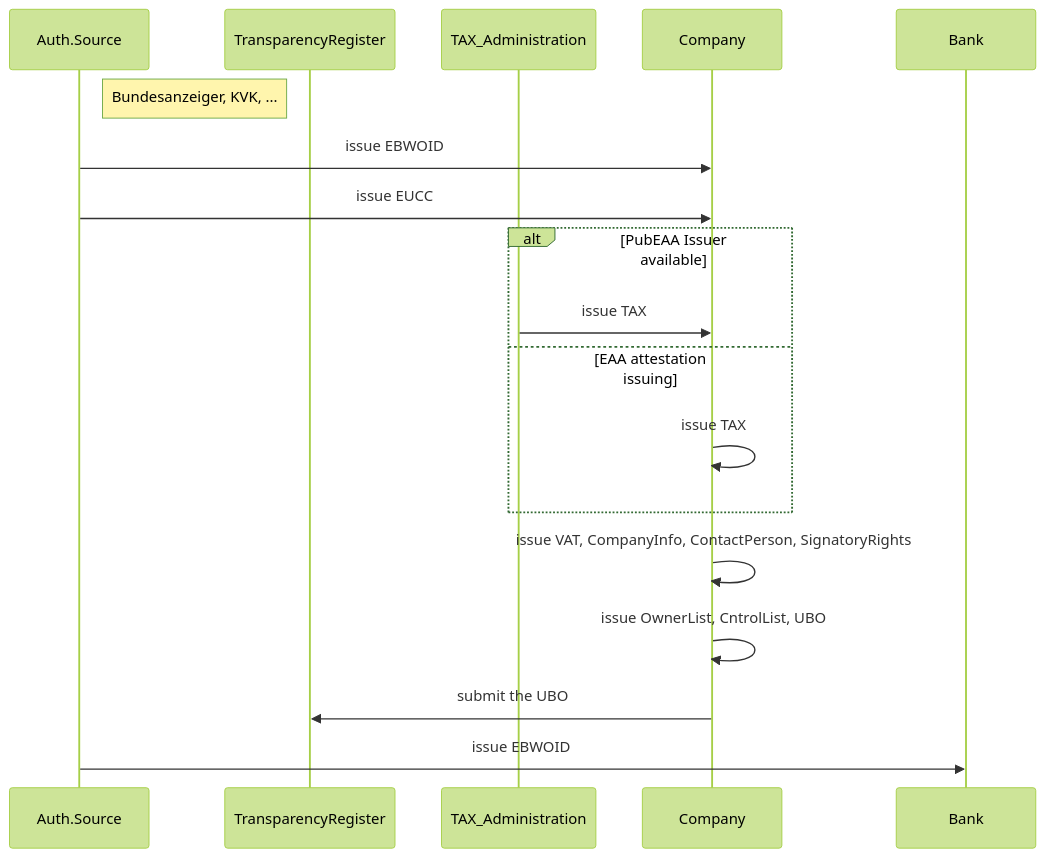
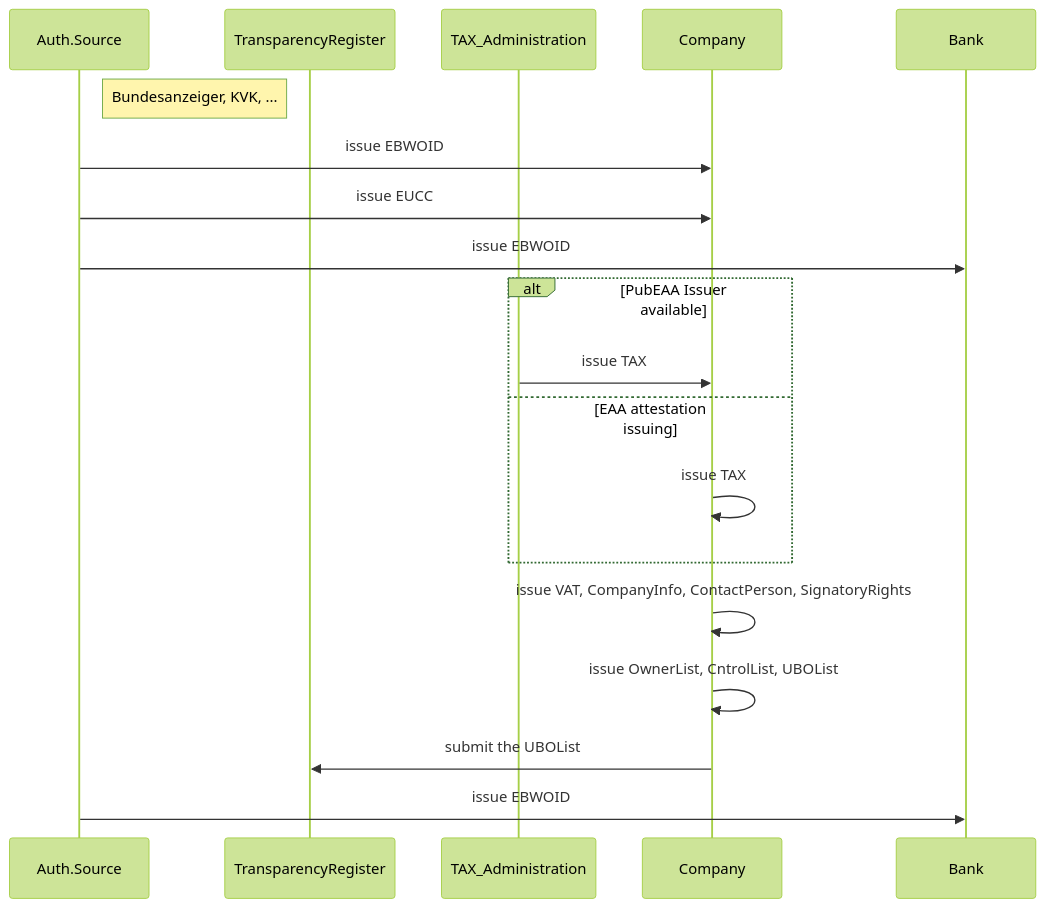
The first of 11 diagrams in PA3/PA3_MVP.md (DominicHurni/wp3-technology-standards), drawn with Mermaid (forest theme) before and after one commit. The commit also changed other lines of this file and 2 other files, not shown here.

````diff
--- a/PA3/PA3_MVP.md
+++ b/PA3/PA3_MVP.md
@@ -25,20 +25,21 @@
 ```mermaid
 sequenceDiagram
     participant Auth.Source 
     note right of Auth.Source : Bundesanzeiger, KVK, ...
     participant TransparencyRegister 
     participant TAX_Administration 
     participant Company
     participant Bank 
     Auth.Source ->> Company : issue EBWOID  
     Auth.Source ->> Company : issue EUCC
+    Auth.Source ->> Bank : issue EBWOID
     alt PubEAA Issuer available
         TAX_Administration ->> Company : issue TAX
     else EAA attestation issuing
         Company ->> Company: issue TAX
     end
     Company ->> Company: issue VAT, CompanyInfo, ContactPerson, SignatoryRights
-    Company ->> Company: issue OwnerList, CntrolList, UBO
-    Company ->> TransparencyRegister: submit the UBO 
+    Company ->> Company: issue OwnerList, CntrolList, UBOList
+    Company ->> TransparencyRegister: submit the UBOList
     Auth.Source ->> Bank : issue EBWOID
 ```
````
